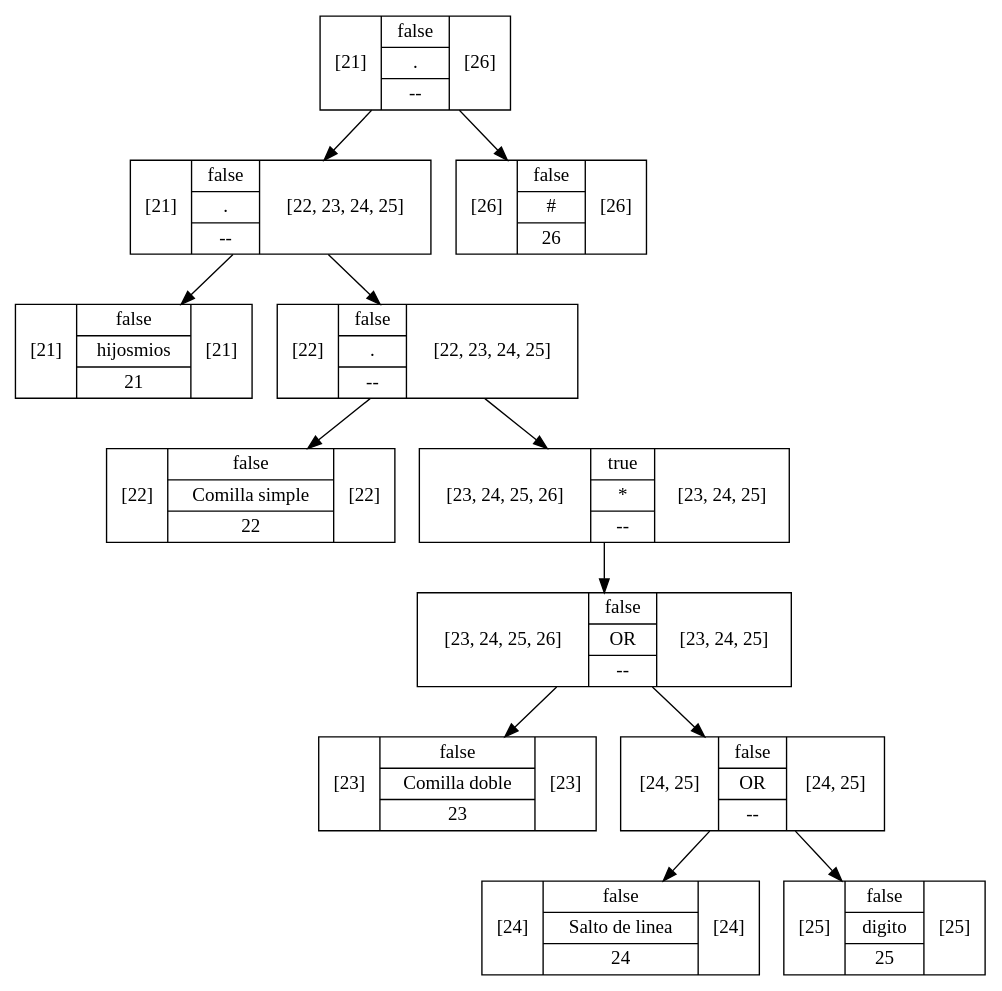
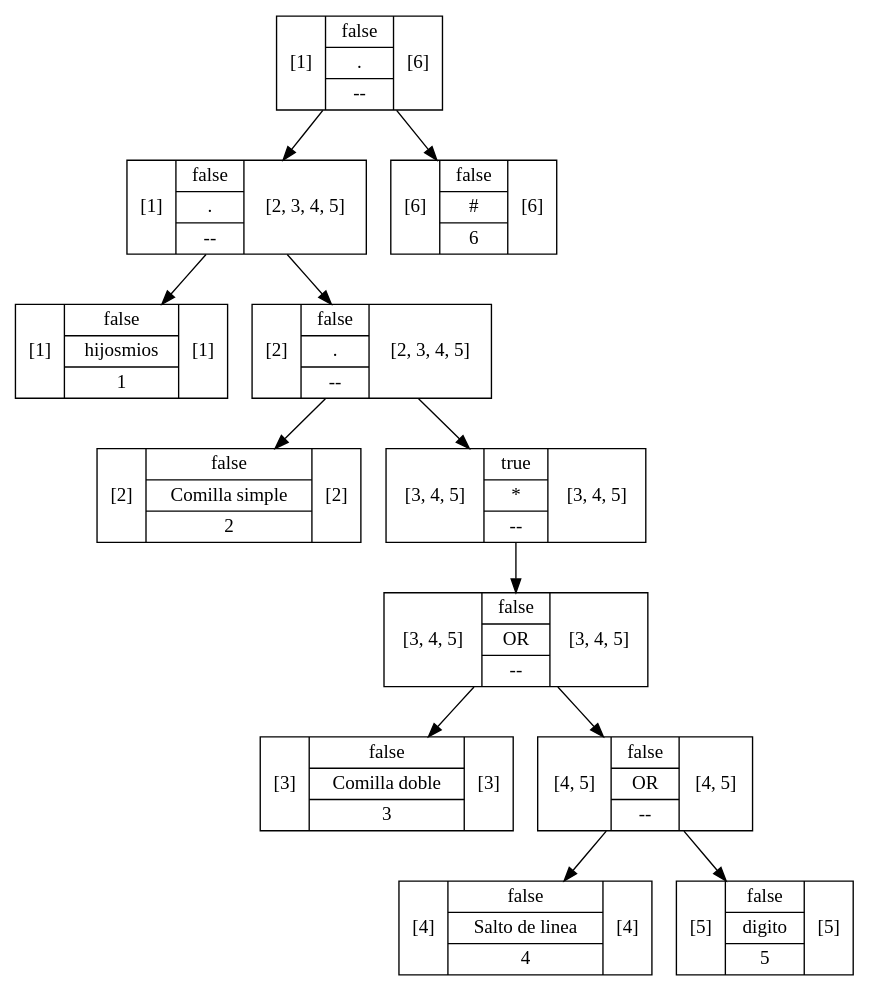
The diagram in Regexive/archivos/ARBOLES_201901557/EXP5.dot (JeffMendez/OCL_Proyecto1_201901557), drawn with Graphviz before and after one commit. The commit also changed 58 other files, not shown here.

```diff
--- a/Regexive/archivos/ARBOLES_201901557/EXP5.dot
+++ b/Regexive/archivos/ARBOLES_201901557/EXP5.dot
@@ -1,25 +1,25 @@
 digraph G {
-1176027905 [shape=record label="[21] |{ false | hijosmios | 21 }| [21]"];
-389129525 [shape=record label="[22] |{ false | Comilla simple | 22 }| [22]"];
-1522402039 [shape=record label="[23] |{ false | Comilla doble | 23 }| [23]"];
-1776912587 [shape=record label="[24] |{ false | Salto de linea | 24 }| [24]"];
-1768513084 [shape=record label="[25] |{ false | digito | 25 }| [25]"];
-1944798761 [shape=record label="[24, 25] |{ false | OR | -- }| [24, 25]"];
-1944798761 -> 1776912587
-1944798761 -> 1768513084
-1508395801 [shape=record label="[23, 24, 25, 26] |{ false | OR | -- }| [23, 24, 25]"];
-1508395801 -> 1522402039
-1508395801 -> 1944798761
-2095202111 [shape=record label="[23, 24, 25, 26] |{ true | * | -- }| [23, 24, 25]"];
-2095202111 -> 1508395801
-1599669793 [shape=record label="[22] |{ false | . | -- }| [22, 23, 24, 25]"];
-1599669793 -> 389129525
-1599669793 -> 2095202111
-1982515693 [shape=record label="[21] |{ false | . | -- }| [22, 23, 24, 25]"];
-1982515693 -> 1176027905
-1982515693 -> 1599669793
-1837233330 [shape=record label="[26] |{ false | # | 26 }| [26]"];
-7808506 [shape=record label="[21] |{ false | . | -- }| [26]"];
-7808506 -> 1982515693
-7808506 -> 1837233330
+2543618 [shape=record label="[1] |{ false | hijosmios | 1 }| [1]"];
+1067654138 [shape=record label="[2] |{ false | Comilla simple | 2 }| [2]"];
+1434659868 [shape=record label="[3] |{ false | Comilla doble | 3 }| [3]"];
+532590898 [shape=record label="[4] |{ false | Salto de linea | 4 }| [4]"];
+699319303 [shape=record label="[5] |{ false | digito | 5 }| [5]"];
+242578947 [shape=record label="[4, 5] |{ false | OR | -- }| [4, 5]"];
+242578947 -> 532590898
+242578947 -> 699319303
+1113212957 [shape=record label="[3, 4, 5] |{ false | OR | -- }| [3, 4, 5]"];
+1113212957 -> 1434659868
+1113212957 -> 242578947
+671569477 [shape=record label="[3, 4, 5] |{ true | * | -- }| [3, 4, 5]"];
+671569477 -> 1113212957
+2010522046 [shape=record label="[2] |{ false | . | -- }| [2, 3, 4, 5]"];
+2010522046 -> 1067654138
+2010522046 -> 671569477
+1379304489 [shape=record label="[1] |{ false | . | -- }| [2, 3, 4, 5]"];
+1379304489 -> 2543618
+1379304489 -> 2010522046
+1119630546 [shape=record label="[6] |{ false | # | 6 }| [6]"];
+1344006078 [shape=record label="[1] |{ false | . | -- }| [6]"];
+1344006078 -> 1379304489
+1344006078 -> 1119630546
 }
```
